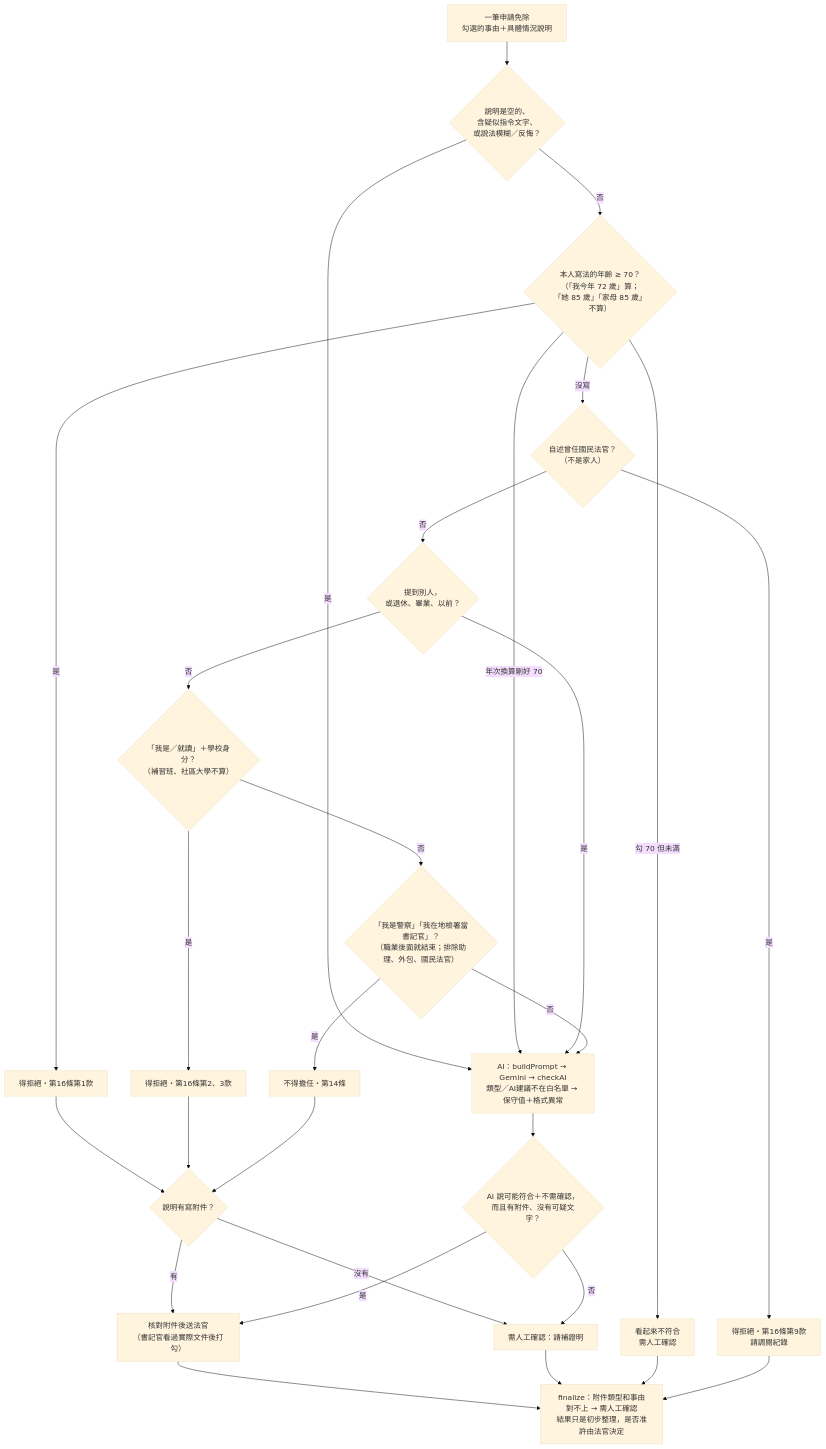
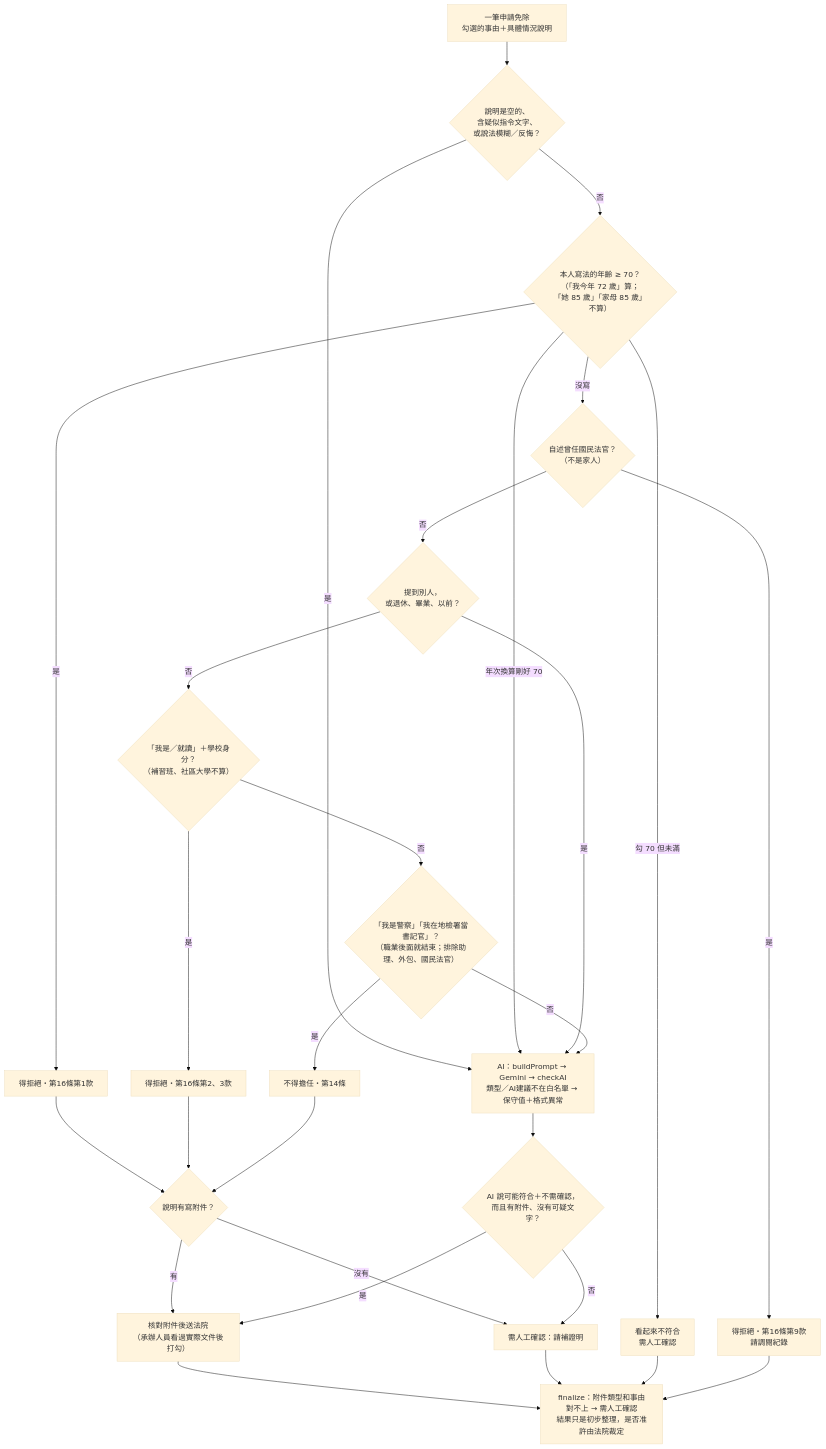
The third of 6 diagrams in docs/ARCHITECTURE.md (ammieliu-jpg/juror-preview), drawn with Mermaid (base theme) before and after one commit. The commit also changed other lines of this file and 16 other files, not shown here.

````diff
--- a/docs/ARCHITECTURE.md
+++ b/docs/ARCHITECTURE.md
@@ -117,29 +117,29 @@
 ```mermaid
 flowchart TD
   A["一筆申請免除<br/>勾選的事由＋具體情況說明"] --> B{"說明是空的、<br/>含疑似指令文字、<br/>或說法模糊／反悔？"}
   B -->|是| AI
   B -->|否| C{"本人寫法的年齡 ≥ 70？<br/>（「我今年 72 歲」算；<br/>「她 85 歲」「家母 85 歲」不算）"}
   C -->|是| R1["得拒絕・第16條第1款"]
   C -->|"勾 70 但未滿"| R0["看起來不符合<br/>需人工確認"]
   C -->|"年次換算剛好 70"| AI
   C -->|沒寫| G{"自述曾任國民法官？<br/>（不是家人）"}
   G -->|是| R4["得拒絕・第16條第9款<br/>請調閱紀錄"]
   G -->|否| D{"提到別人，<br/>或退休、畢業、以前？"}
   D -->|是| AI
   D -->|否| E{"「我是／就讀」＋學校身分？<br/>（補習班、社區大學不算）"}
   E -->|是| R2["得拒絕・第16條第2、3款"]
   E -->|否| F{"「我是警察」「我在地檢署當書記官」？<br/>（職業後面就結束；排除助理、外包、國民法官）"}
   F -->|是| R3["不得擔任・第14條"]
   F -->|否| AI
 
   AI["AI：buildPrompt → Gemini → checkAI<br/>類型／AI建議不在白名單 → 保守值＋格式異常"]
 
   R1 & R2 & R3 --> P{"說明有寫附件？"}
-  P -->|有| OK["核對附件後送法官<br/>（書記官看過實際文件後打勾）"]
+  P -->|有| OK["核對附件後送法院<br/>（承辦人員看過實際文件後打勾）"]
   P -->|沒有| NEED["需人工確認：請補證明"]
   AI --> H{"AI 說可能符合＋不需確認，<br/>而且有附件、沒有可疑文字？"}
   H -->|是| OK
   H -->|否| NEED
 
-  OK & NEED & R0 & R4 --> Z["finalize：附件類型和事由對不上 → 需人工確認<br/>結果只是初步整理，是否准許由法官決定"]
+  OK & NEED & R0 & R4 --> Z["finalize：附件類型和事由對不上 → 需人工確認<br/>結果只是初步整理，是否准許由法院裁定"]
 ```
````
